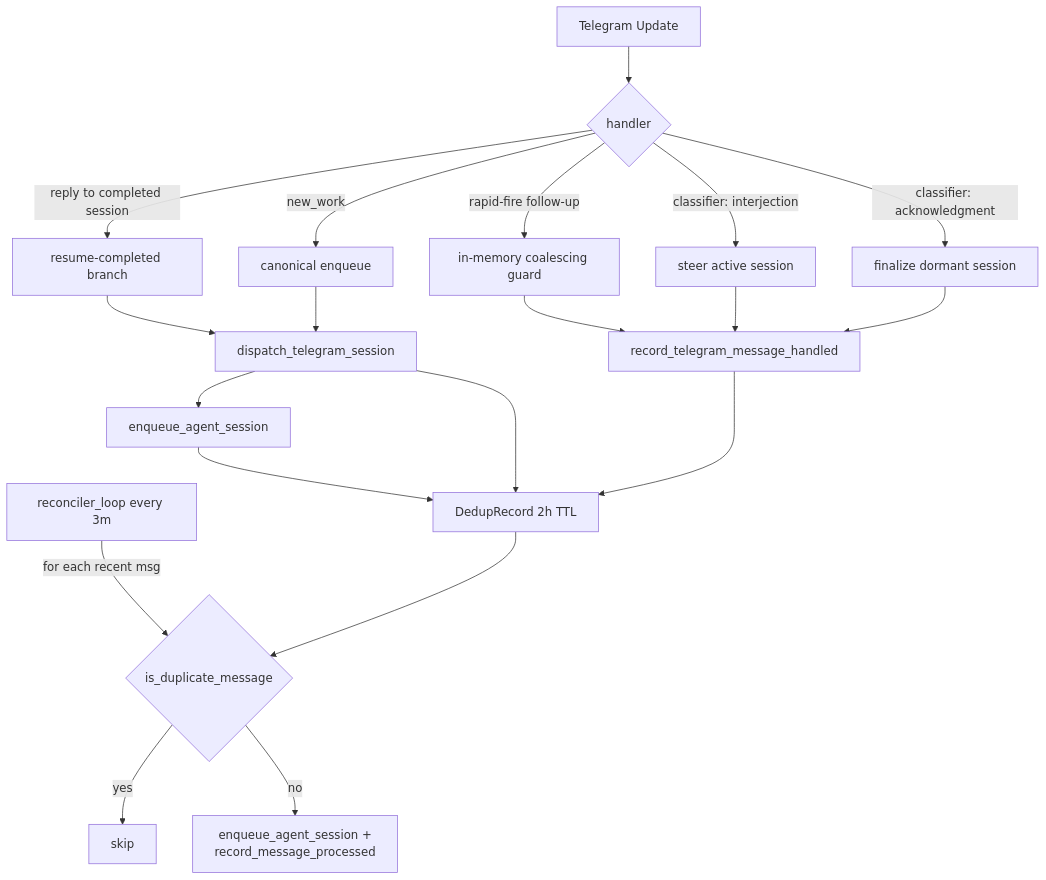
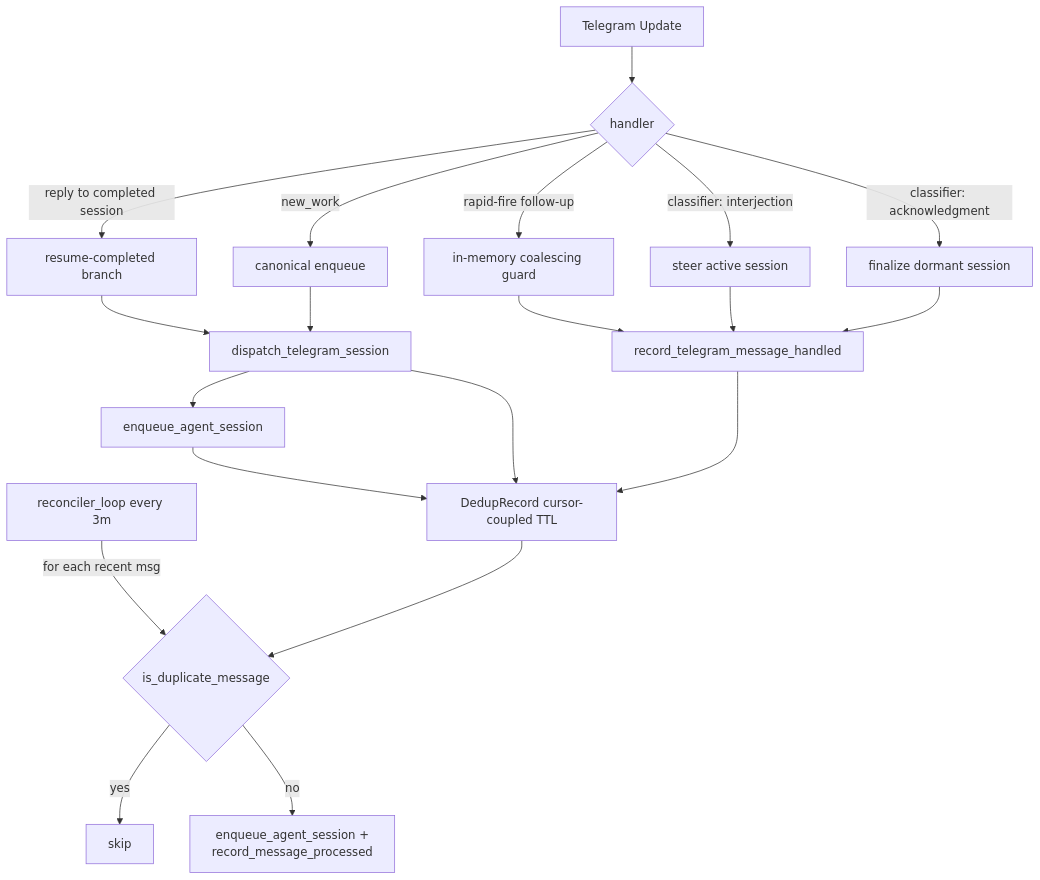
One commit to tomcounsell/ai changed the diagram in docs/features/message-reconciler.md. Above: the diagram before and after it, drawn with Mermaid. The commit also changed other lines of this file and 2 other files, not shown here.

````diff
--- a/docs/features/message-reconciler.md
+++ b/docs/features/message-reconciler.md
@@ -97,25 +117,25 @@
 ```mermaid
 flowchart TD
     TG[Telegram Update] --> H{handler}
     H -->|reply to completed session| R1[resume-completed branch]
     H -->|rapid-fire follow-up| R2[in-memory coalescing guard]
     H -->|classifier: interjection| R3[steer active session]
     H -->|classifier: acknowledgment| R4[finalize dormant session]
     H -->|new_work| R5[canonical enqueue]
 
     R1 --> D1[dispatch_telegram_session]
     R5 --> D1
     R2 --> D2[record_telegram_message_handled]
     R3 --> D2
     R4 --> D2
 
     D1 --> E[enqueue_agent_session]
-    E --> DR[DedupRecord 2h TTL]
+    E --> DR[DedupRecord cursor-coupled TTL]
     D1 --> DR
     D2 --> DR
 
     REC[reconciler_loop every 3m] -->|for each recent msg| CHK{is_duplicate_message}
     CHK -->|yes| SKIP[skip]
     CHK -->|no| RE[enqueue_agent_session +<br/>record_message_processed]
     DR --> CHK
 ```
````
